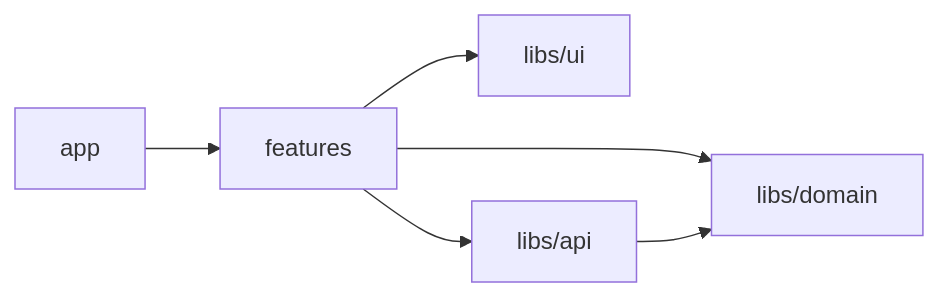
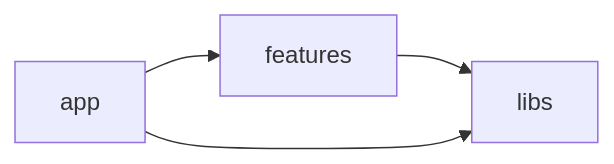
One commit to Vladyslav-Murashchenko/feature-garden changed the diagram in CORE.md. Above: the diagram before and after it, drawn with Mermaid. The commit also changed other lines of this file, not shown here.

````diff
--- a/CORE.md
+++ b/CORE.md
@@ -40,14 +56,10 @@
 ```mermaid
 graph LR
-    libs-ui["libs/ui"]
-    libs-api["libs/api"]
-    libs-domain["libs/domain"]
+    libs["libs"]
     features["features"]
     app["app"]
 
-    features --> libs-ui
-    features --> libs-api
-    features --> libs-domain
-    libs-api --> libs-domain
+    features --> libs
+    app --> libs
     app --> features
 ```
````
